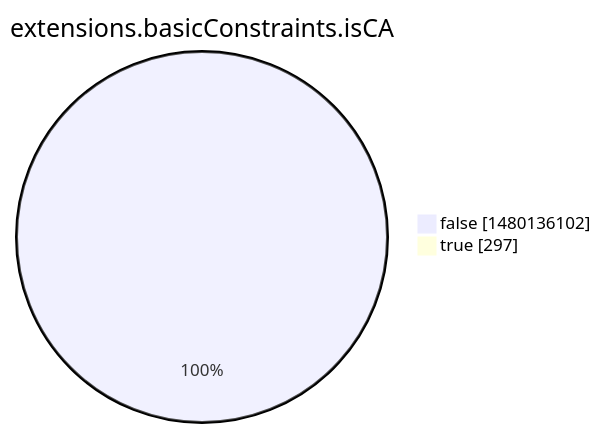
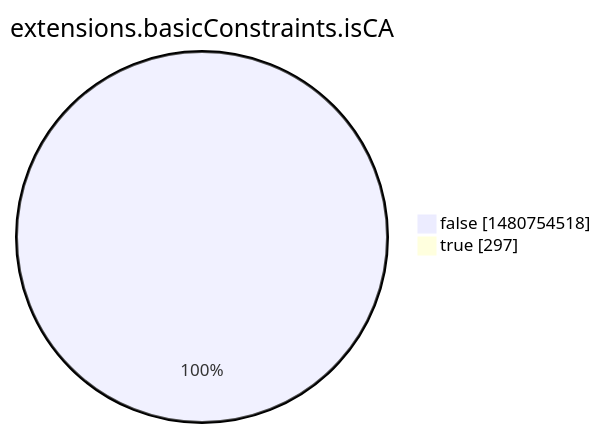
One commit to christiankrug/ctmonitor_visualization changed the eighth of 15 diagrams in argon2022/README.md. Above: the diagram before and after it, drawn with Mermaid. The commit also changed other lines of this file, not shown here.

````diff
--- a/argon2022/README.md
+++ b/argon2022/README.md
@@ -2760,6 +2760,6 @@
 ```mermaid
 pie showData
 title extensions.basicConstraints.isCA
-"false" :1480136102
+"false" :1480754518
 "true" :297
 ```
````
